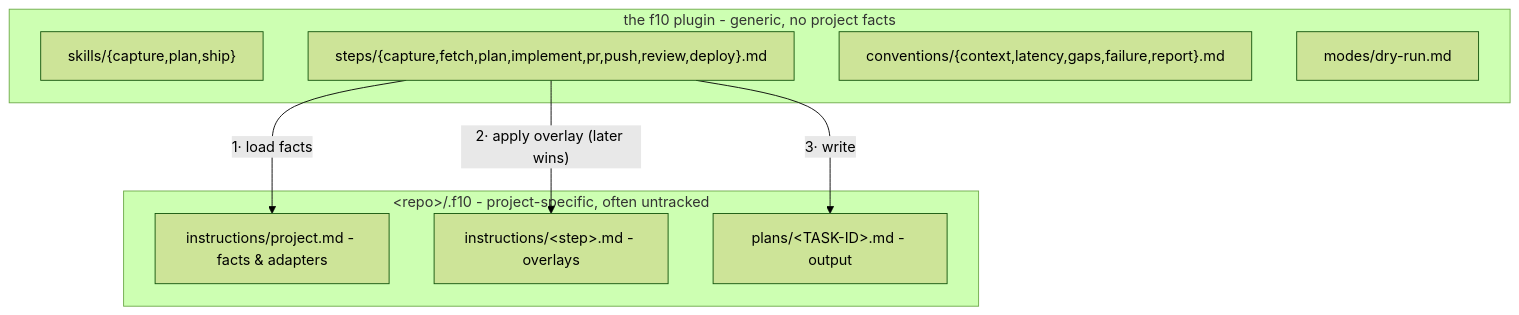
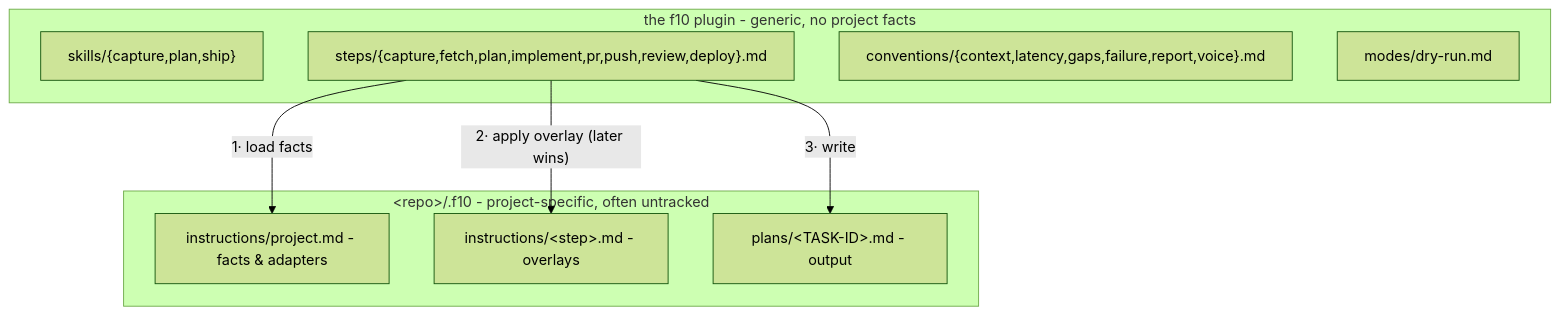
The second of 2 diagrams in README.md (amberpixels/f10), drawn with Mermaid (forest theme) before and after one commit. The commit also changed other lines of this file and 4 other files, not shown here.

````diff
--- a/README.md
+++ b/README.md
@@ -140,17 +132,17 @@
 ```mermaid
 flowchart TB
     subgraph plugin ["the f10 plugin - generic, no project facts"]
         skills2["skills/{capture,plan,ship}"]
         gsteps["steps/{capture,fetch,plan,implement,pr,push,review,deploy}.md"]
-        conv["conventions/{context,latency,gaps,failure,report}.md"]
+        conv["conventions/{context,latency,gaps,failure,report,voice}.md"]
         modes2["modes/dry-run.md"]
     end
     subgraph repo ["&lt;repo&gt;/.f10 - project-specific, often untracked"]
         proj["instructions/project.md - facts & adapters"]
         over["instructions/&lt;step&gt;.md - overlays"]
         plans2["plans/&lt;TASK-ID&gt;.md - output"]
     end
     gsteps -- "1· load facts" --> proj
     gsteps -- "2· apply overlay (later wins)" --> over
     gsteps -- "3· write" --> plans2
 ```
````
